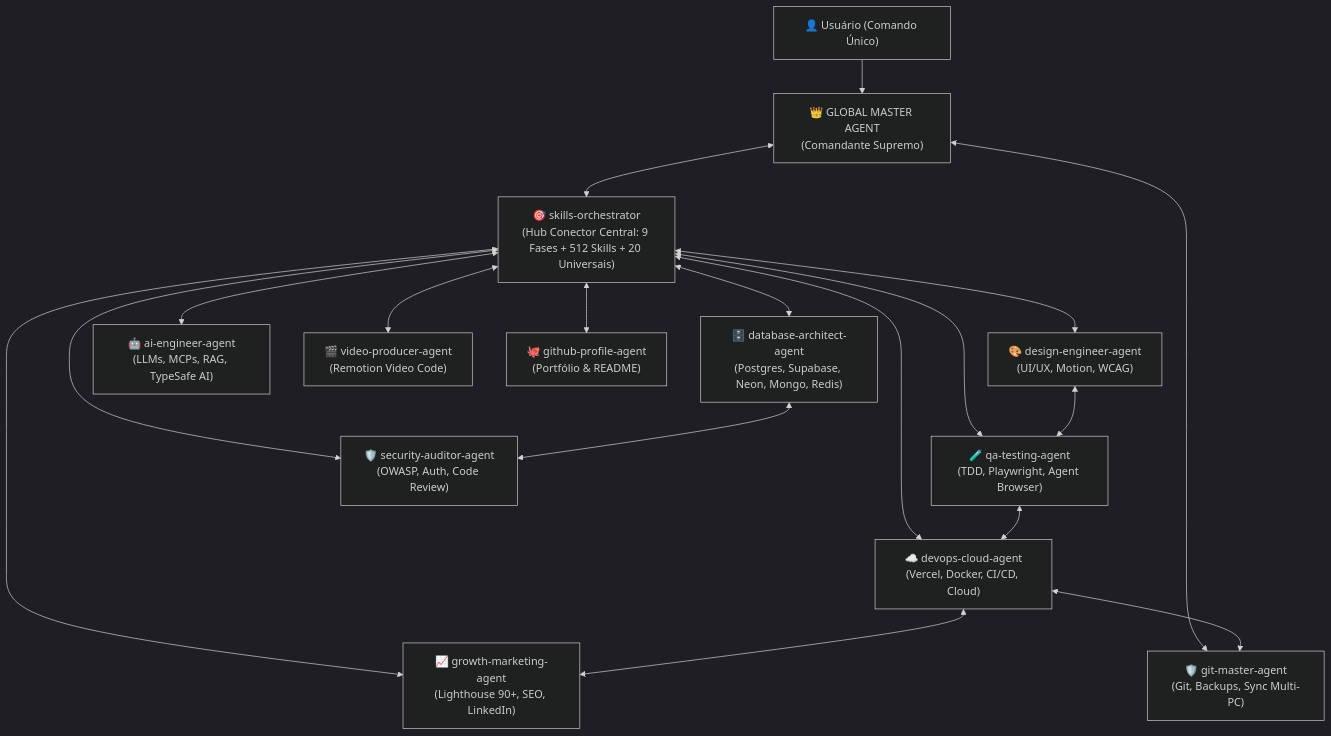
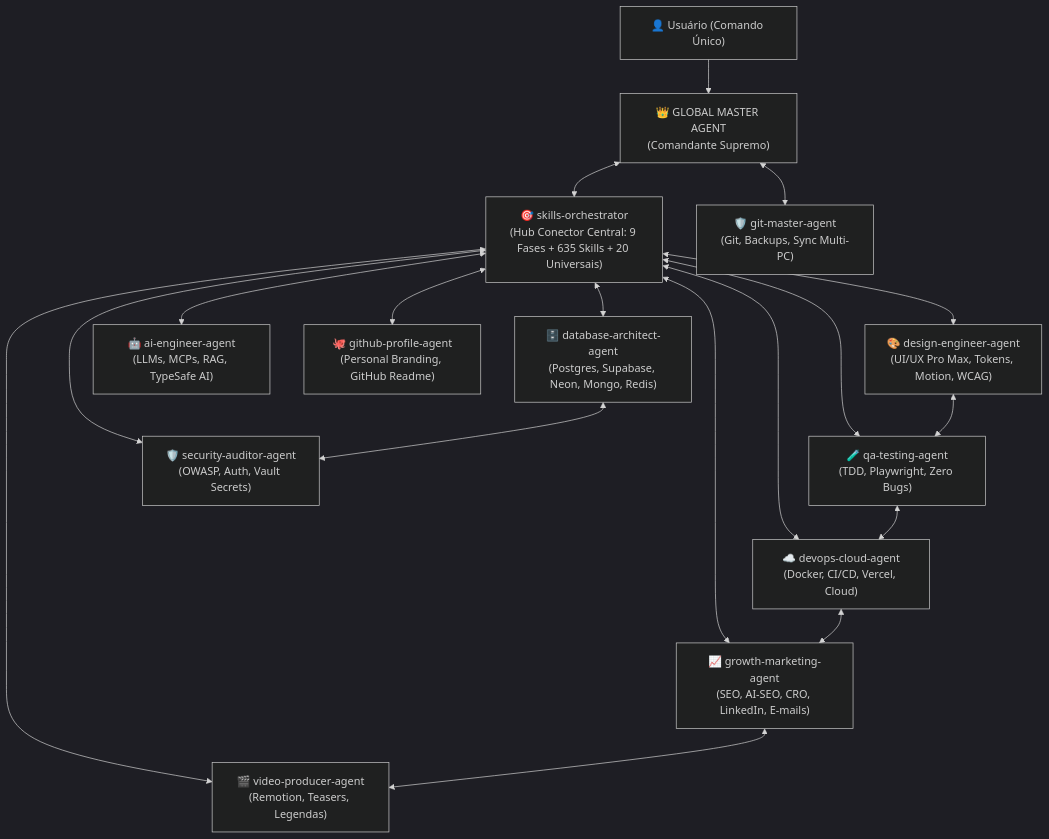
The diagram in custom-agents/global-master-agent.md (Henrique1601/SkiilsToIAs), drawn with Mermaid (dark theme) before and after one commit. The commit also changed other lines of this file and 13 other files, not shown here.

````diff
--- a/custom-agents/global-master-agent.md
+++ b/custom-agents/global-master-agent.md
@@ -66,24 +66,23 @@
 ```mermaid
 flowchart TD
     User["👤 Usuário (Comando Único)"] --> GMA["👑 GLOBAL MASTER AGENT<br/>(Comandante Supremo)"]
     
-    GMA <--> ORCH["🎯 skills-orchestrator<br/>(Hub Conector Central: 9 Fases + 512 Skills + 20 Universais)"]
+    GMA <--> ORCH["🎯 skills-orchestrator<br/>(Hub Conector Central: 9 Fases + 635 Skills + 20 Universais)"]
     GMA <--> GIT["🛡️ git-master-agent<br/>(Git, Backups, Sync Multi-PC)"]
 
-    ORCH <--> UI["🎨 design-engineer-agent<br/>(UI/UX, Motion, WCAG)"]
+    ORCH <--> UI["🎨 design-engineer-agent<br/>(UI/UX Pro Max, Tokens, Motion, WCAG)"]
     ORCH <--> DB["🗄️ database-architect-agent<br/>(Postgres, Supabase, Neon, Mongo, Redis)"]
     ORCH <--> AI["🤖 ai-engineer-agent<br/>(LLMs, MCPs, RAG, TypeSafe AI)"]
-    ORCH <--> QA["🧪 qa-testing-agent<br/>(TDD, Playwright, Agent Browser)"]
-    ORCH <--> SEC["🛡️ security-auditor-agent<br/>(OWASP, Auth, Code Review)"]
-    ORCH <--> DEVOPS["☁️ devops-cloud-agent<br/>(Vercel, Docker, CI/CD, Cloud)"]
-    ORCH <--> GROWTH["📈 growth-marketing-agent<br/>(Lighthouse 90+, SEO, LinkedIn)"]
-    ORCH <--> VIDEO["🎬 video-producer-agent<br/>(Remotion Video Code)"]
-    ORCH <--> PROFILE["🐙 github-profile-agent<br/>(Portfólio & README)"]
+    ORCH <--> QA["🧪 qa-testing-agent<br/>(TDD, Playwright, Zero Bugs)"]
+    ORCH <--> SEC["🛡️ security-auditor-agent<br/>(OWASP, Auth, Vault Secrets)"]
+    ORCH <--> CLOUD["☁️ devops-cloud-agent<br/>(Docker, CI/CD, Vercel, Cloud)"]
+    ORCH <--> GROWTH["📈 growth-marketing-agent<br/>(SEO, AI-SEO, CRO, LinkedIn, E-mails)"]
+    ORCH <--> VIDEO["🎬 video-producer-agent<br/>(Remotion, Teasers, Legendas)"]
+    ORCH <--> PROFILE["🐙 github-profile-agent<br/>(Personal Branding, GitHub Readme)"]
 
-    %% Colaboração Horizontal Entre Agentes
     DB <--> SEC
     UI <--> QA
-    QA <--> DEVOPS
-    DEVOPS <--> GROWTH
-    DEVOPS <--> GIT
+    QA <--> CLOUD
+    CLOUD <--> GROWTH
+    GROWTH <--> VIDEO
 ```
````
